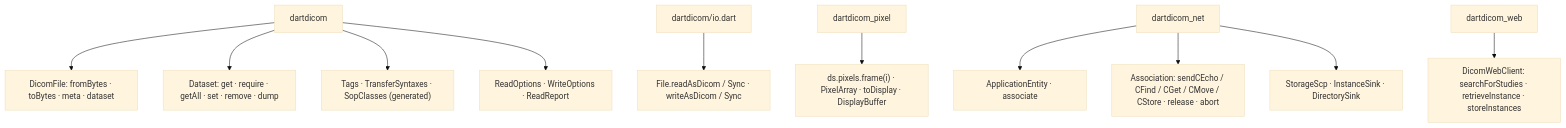
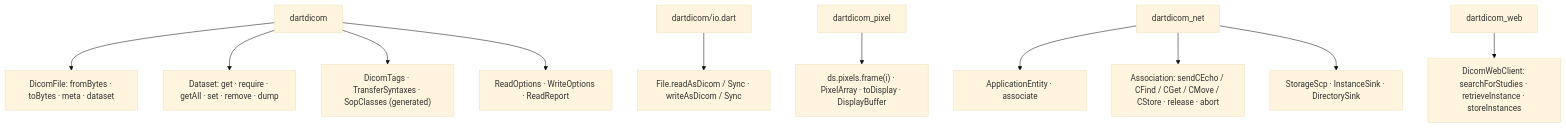
The first of 3 diagrams in docs/design/03-surface-architecture.md (Lightbridge-KS/dartdicom), drawn with Mermaid (base theme) before and after one commit. The commit also changed other lines of this file and 108 other files, not shown here.

````diff
--- a/docs/design/03-surface-architecture.md
+++ b/docs/design/03-surface-architecture.md
@@ -78,13 +78,13 @@
 ```mermaid
 flowchart TD
     core["dartdicom"] --> df["DicomFile: fromBytes · toBytes · meta · dataset"]
     core --> dsn["Dataset: get · require · getAll · set · remove · dump"]
-    core --> tg["Tags · TransferSyntaxes · SopClasses (generated)"]
+    core --> tg["DicomTags · TransferSyntaxes · SopClasses (generated)"]
     core --> ro["ReadOptions · WriteOptions · ReadReport"]
     io["dartdicom/io.dart"] --> fx["File.readAsDicom / Sync · writeAsDicom / Sync"]
     px["dartdicom_pixel"] --> pv["ds.pixels.frame(i) · PixelArray · toDisplay · DisplayBuffer"]
     net["dartdicom_net"] --> ae["ApplicationEntity · associate"]
     net --> as["Association: sendCEcho / CFind / CGet / CMove / CStore · release · abort"]
     net --> scp["StorageScp · InstanceSink · DirectorySink"]
     web["dartdicom_web"] --> wc["DicomWebClient: searchForStudies · retrieveInstance · storeInstances"]
 ```
````
